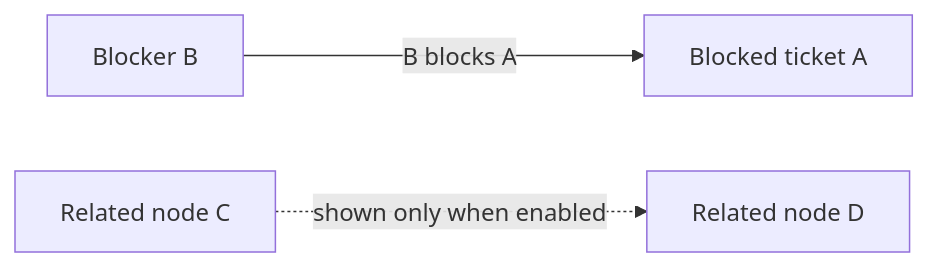
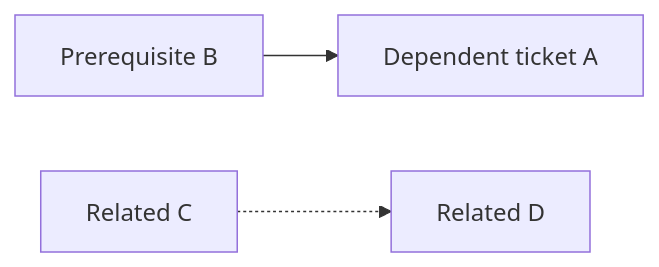
One commit to maximofn/gymnasia changed the third of 3 diagrams in openwiki/services/architecture-board.md. Above: the diagram before and after it, drawn with Mermaid. The commit also changed other lines of this file and 49 other files, not shown here.

````diff
--- a/openwiki/services/architecture-board.md
+++ b/openwiki/services/architecture-board.md
@@ -138,5 +122,5 @@
 ```mermaid
 flowchart LR
-    Blocker["Blocker B"] -->|"B blocks A"| Blocked["Blocked ticket A"]
-    RelatedOne["Related node C"] -.->|"shown only when enabled"| RelatedTwo["Related node D"]
+    Prerequisite["Prerequisite B"] --> Dependent["Dependent ticket A"]
+    ContextOne["Related C"] -.-> ContextTwo["Related D"]
 ```
````
